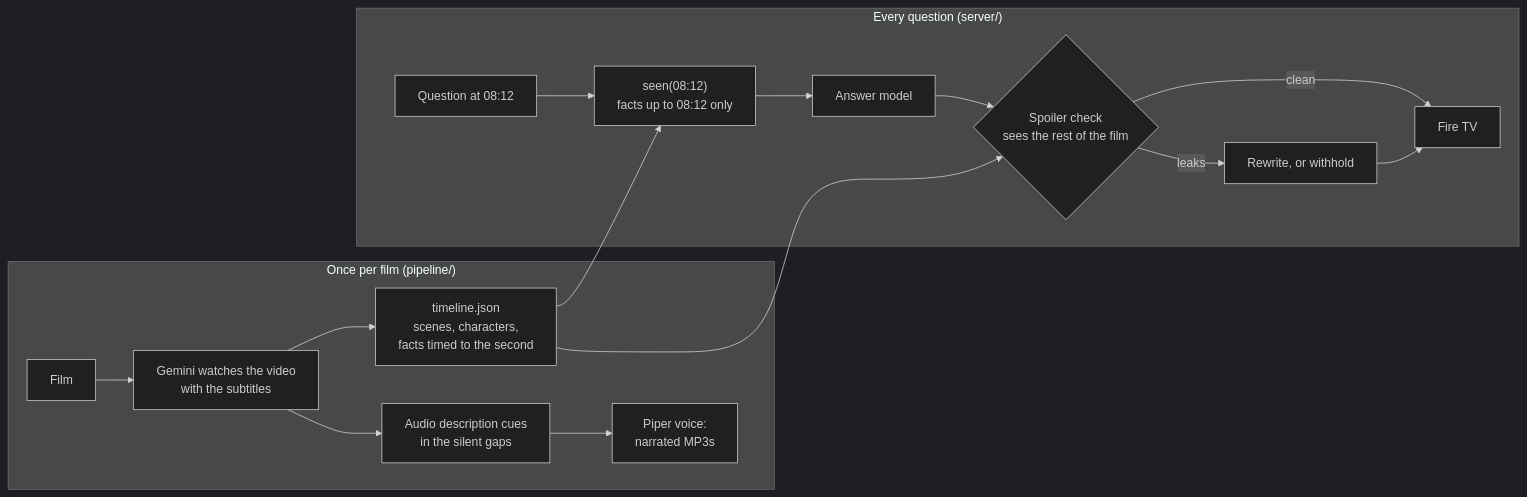
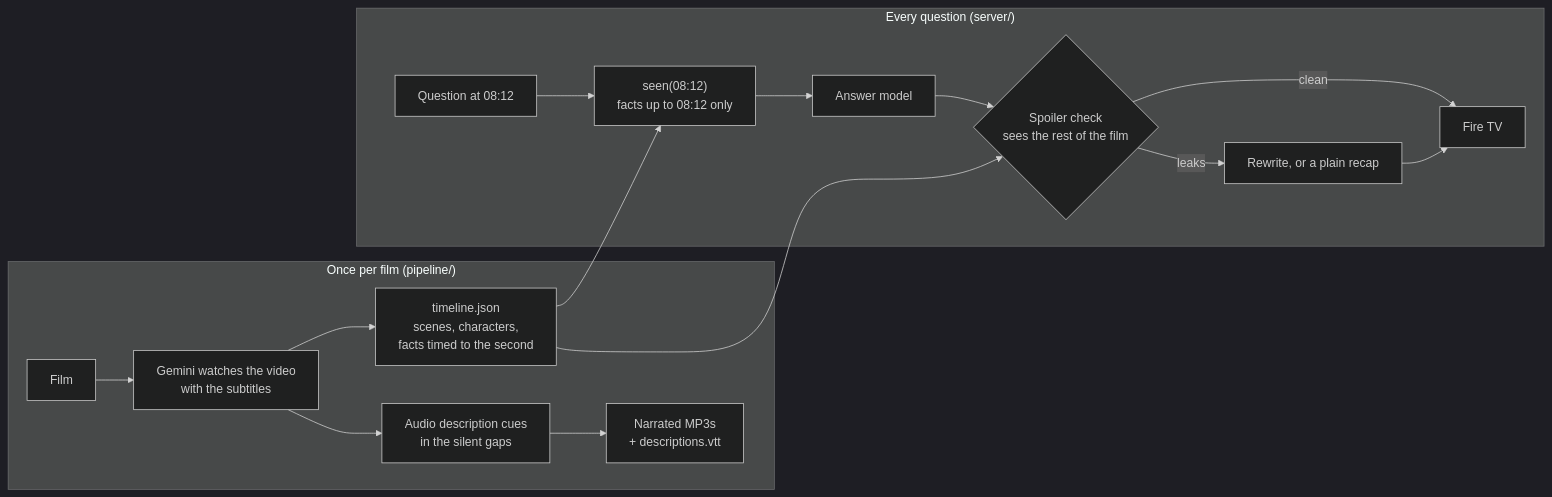
One commit to JannetEkka/aside-tv changed the diagram in README.md. Above: the diagram before and after it, drawn with Mermaid (dark theme). The commit also changed other lines of this file and 2 other files, not shown here.

First line of the commit message:
Speak: one voice, wait out the 10-requests-a-minute limit

````diff
--- a/README.md
+++ b/README.md
@@ -46,19 +58,19 @@
 ```mermaid
 flowchart LR
   subgraph once["Once per film (pipeline/)"]
     V[Film] --> G[Gemini watches the video<br/>with the subtitles]
     G --> T[timeline.json<br/>scenes, characters,<br/>facts timed to the second]
     G --> AD[Audio description cues<br/>in the silent gaps]
-    AD --> P[Piper voice:<br/>narrated MP3s]
+    AD --> P[Narrated MP3s<br/>+ descriptions.vtt]
   end
   subgraph live["Every question (server/)"]
     Q[Question at 08:12] --> S["seen(08:12)<br/>facts up to 08:12 only"]
     S --> A[Answer model]
     A --> C{Spoiler check<br/>sees the rest of the film}
     C -- clean --> TV[Fire TV]
-    C -- leaks --> R[Rewrite, or withhold]
+    C -- leaks --> R[Rewrite, or a plain recap]
     R --> TV
   end
   T --> S
   T --> C
 ```
````
